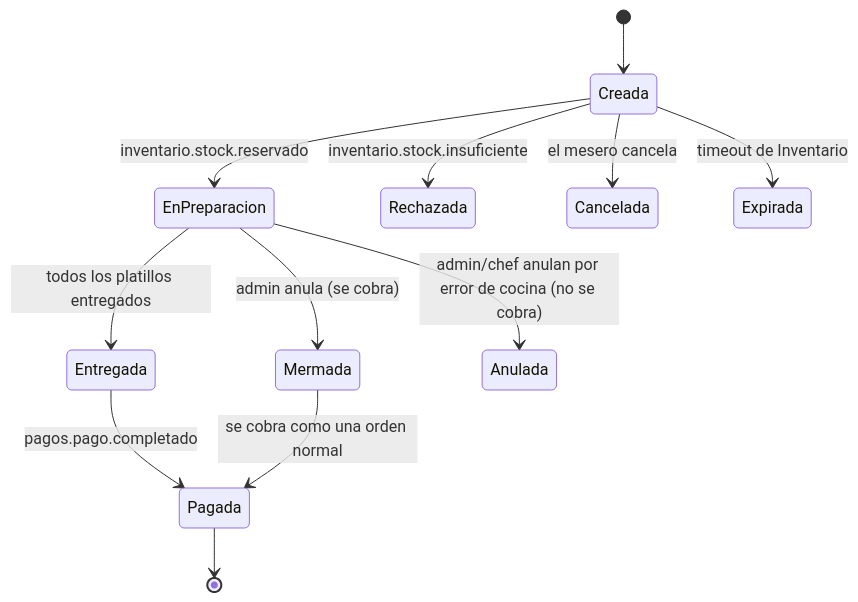
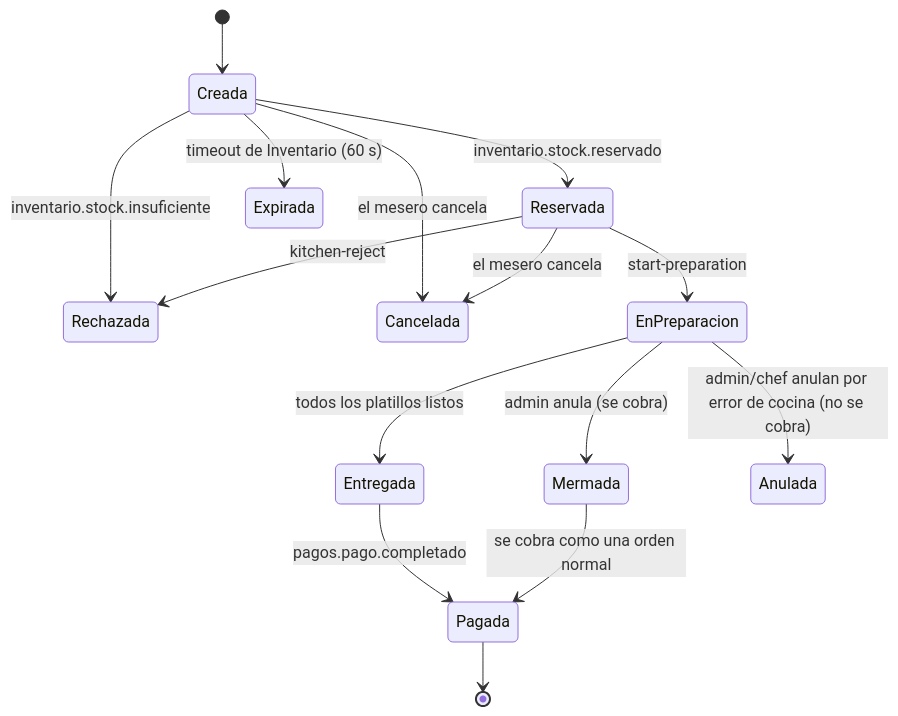
Before and after one commit to FMAT-Restaurant/OrdersKDS-Backend: the fourth of 4 diagrams in README.md, drawn with Mermaid. The commit also changed other lines of this file and 6 other files, not shown here.

````diff
--- a/README.md
+++ b/README.md
@@ -525,14 +531,17 @@
 ```mermaid
 stateDiagram-v2
     [*] --> Creada
-    Creada --> EnPreparacion: inventario.stock.reservado
+    Creada --> Reservada: inventario.stock.reservado
     Creada --> Rechazada: inventario.stock.insuficiente
     Creada --> Cancelada: el mesero cancela
-    Creada --> Expirada: timeout de Inventario
-    EnPreparacion --> Entregada: todos los platillos entregados
+    Creada --> Expirada: timeout de Inventario (60 s)
+    Reservada --> EnPreparacion: start-preparation
+    Reservada --> Rechazada: kitchen-reject
+    Reservada --> Cancelada: el mesero cancela
+    EnPreparacion --> Entregada: todos los platillos listos
     EnPreparacion --> Mermada: admin anula (se cobra)
     EnPreparacion --> Anulada: admin/chef anulan por error de cocina (no se cobra)
     Entregada --> Pagada: pagos.pago.completado
     Mermada --> Pagada: se cobra como una orden normal
     Pagada --> [*]
 ```
````
